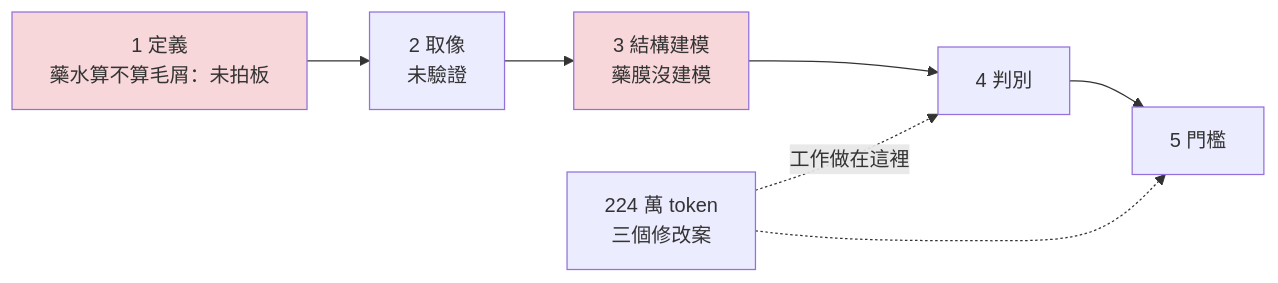
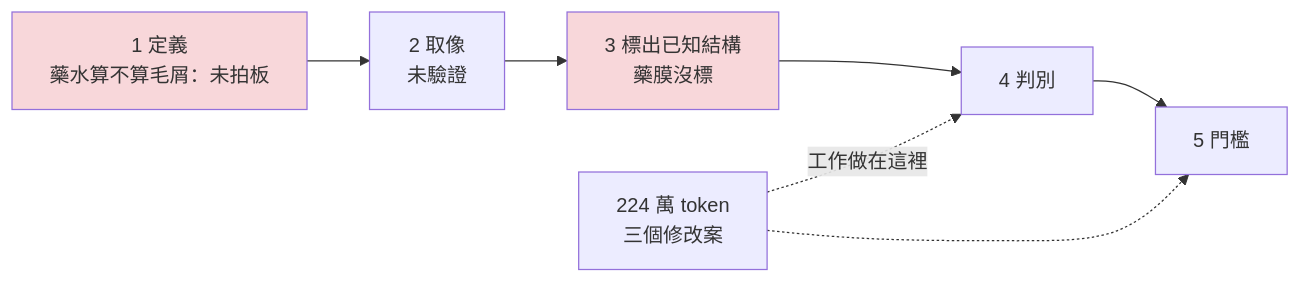
The diagram in growth/04_two_images_vs_2m_tokens.md (dtgfdgfgf/BIO), drawn with Mermaid before and after one commit. The commit also changed other lines of this file and 19 other files, not shown here.

First line of the commit message:
docs: 「現況卡」改稱「現況表」、「結構建模」改稱「標出已知結構」

````diff
--- a/growth/04_two_images_vs_2m_tokens.md
+++ b/growth/04_two_images_vs_2m_tokens.md
@@ -47,8 +47,8 @@
 ```mermaid
 flowchart LR
-  A["1 定義<br/>藥水算不算毛屑：未拍板"] --> B["2 取像<br/>未驗證"] --> C["3 結構建模<br/>藥膜沒建模"] --> D["4 判別"] --> E["5 門檻"]
+  A["1 定義<br/>藥水算不算毛屑：未拍板"] --> B["2 取像<br/>未驗證"] --> C["3 標出已知結構<br/>藥膜沒標"] --> D["4 判別"] --> E["5 門檻"]
   W["224 萬 token<br/>三個修改案"] -.->|工作做在這裡| D
   W -.-> E
   style A fill:#f8d7da
   style C fill:#f8d7da
 ```
````
